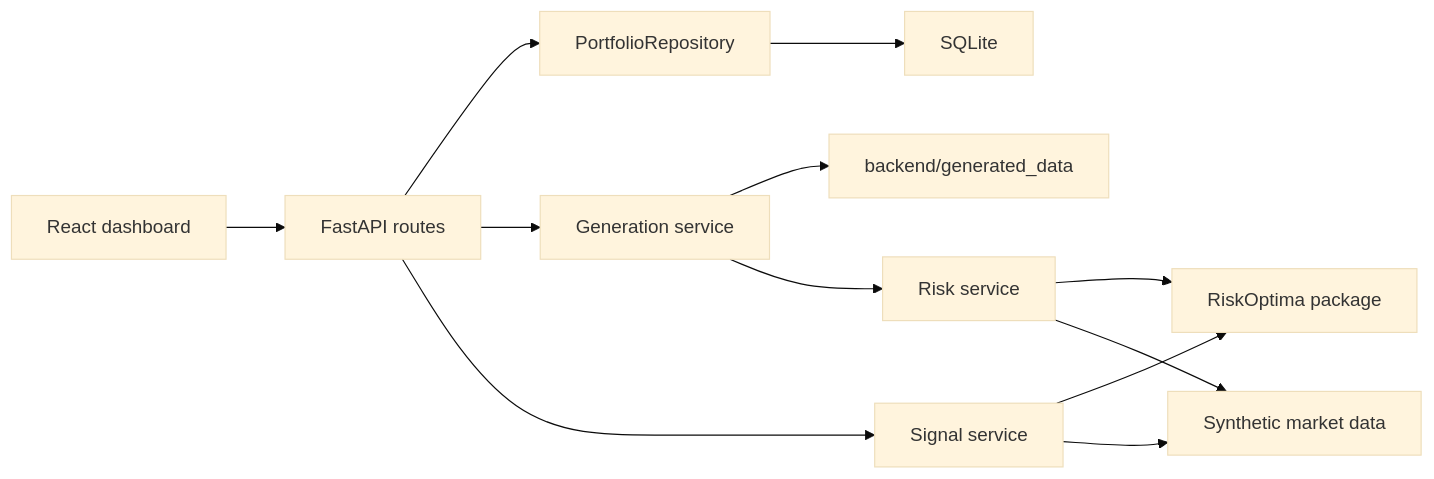
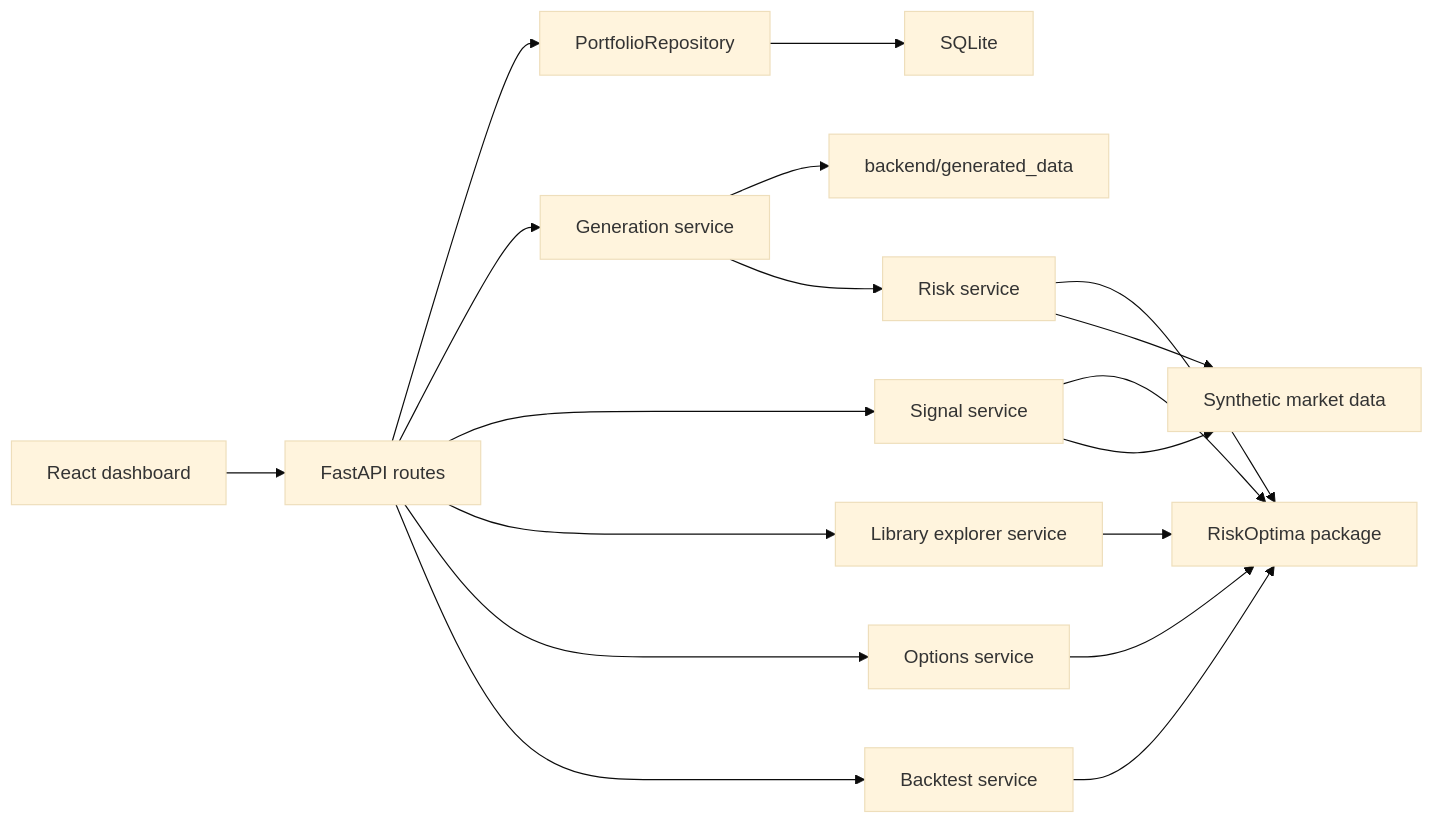
Before and after one commit to JordiCorbilla/RiskOptima-Platform: the diagram in docs/architecture.md, drawn with Mermaid (base theme). The commit also changed other lines of this file and 33 other files, not shown here.

Commit message:
Expand RiskOptima platform library showcase

````diff
--- a/docs/architecture.md
+++ b/docs/architecture.md
@@ -11,14 +11,20 @@
 ```mermaid
 flowchart LR
   UI["React dashboard"] --> API["FastAPI routes"]
   API --> Repo["PortfolioRepository"]
   Repo --> SQLite["SQLite"]
   API --> Runs["Generation service"]
   Runs --> Cache["backend/generated_data"]
   Runs --> Analytics["Risk service"]
   API --> Signals["Signal service"]
+  API --> Library["Library explorer service"]
+  API --> Options["Options service"]
+  API --> Backtests["Backtest service"]
   Signals --> RiskOptima
+  Library --> RiskOptima
+  Options --> RiskOptima
+  Backtests --> RiskOptima
   Analytics --> RiskOptima["RiskOptima package"]
   Analytics --> Synthetic["Synthetic market data"]
   Signals --> Synthetic
 ```
````
